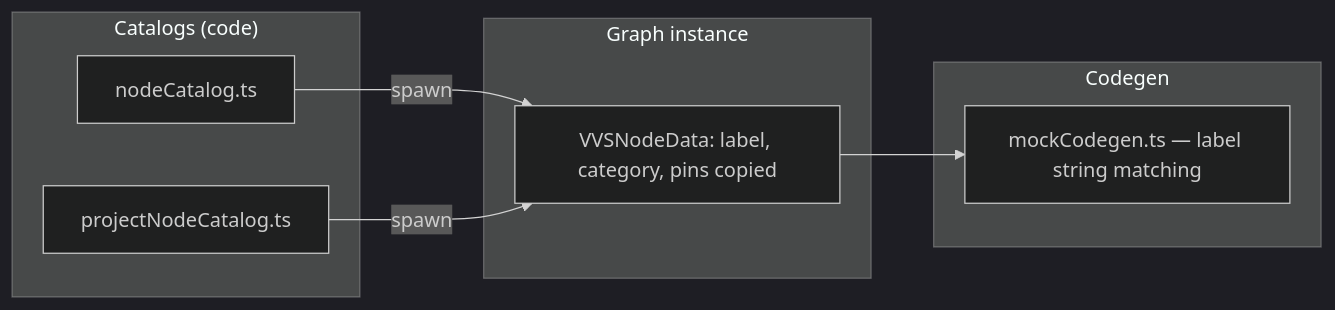
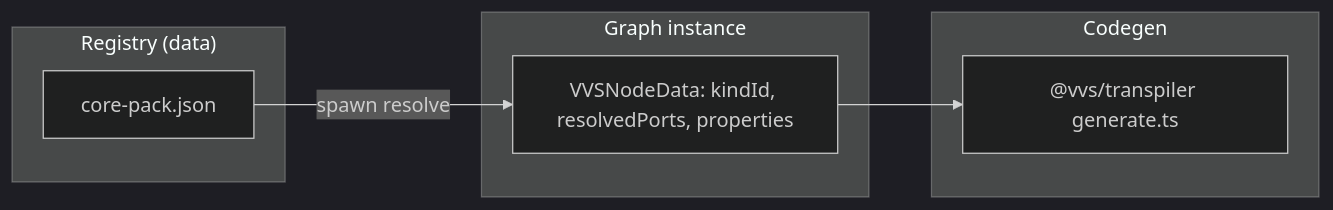
Before and after one commit to Sheriff99yt/VVS-Web: the first of 13 diagrams in docs/node_system.md, drawn with Mermaid (dark theme). The commit also changed other lines of this file and 360 other files, not shown here.

````diff
--- a/docs/node_system.md
+++ b/docs/node_system.md
@@ -13,19 +13,17 @@
 ```mermaid
 flowchart LR
-  subgraph catalogs ["Catalogs (code)"]
-    NC[nodeCatalog.ts]
-    PNC[projectNodeCatalog.ts]
+  subgraph registry ["Registry (data)"]
+    CP[core-pack.json]
   end
 
   subgraph instance ["Graph instance"]
-    ND["VVSNodeData: label, category, pins copied"]
+    ND["VVSNodeData: kindId, resolvedPorts, properties"]
   end
 
   subgraph codegen ["Codegen"]
-    MC[mockCodegen.ts — label string matching]
+    TR["@vvs/transpiler generate.ts"]
   end
 
-  NC -->|spawn| ND
-  PNC -->|spawn| ND
-  ND --> MC
+  CP -->|spawn resolve| ND
+  ND --> TR
 ```
````
